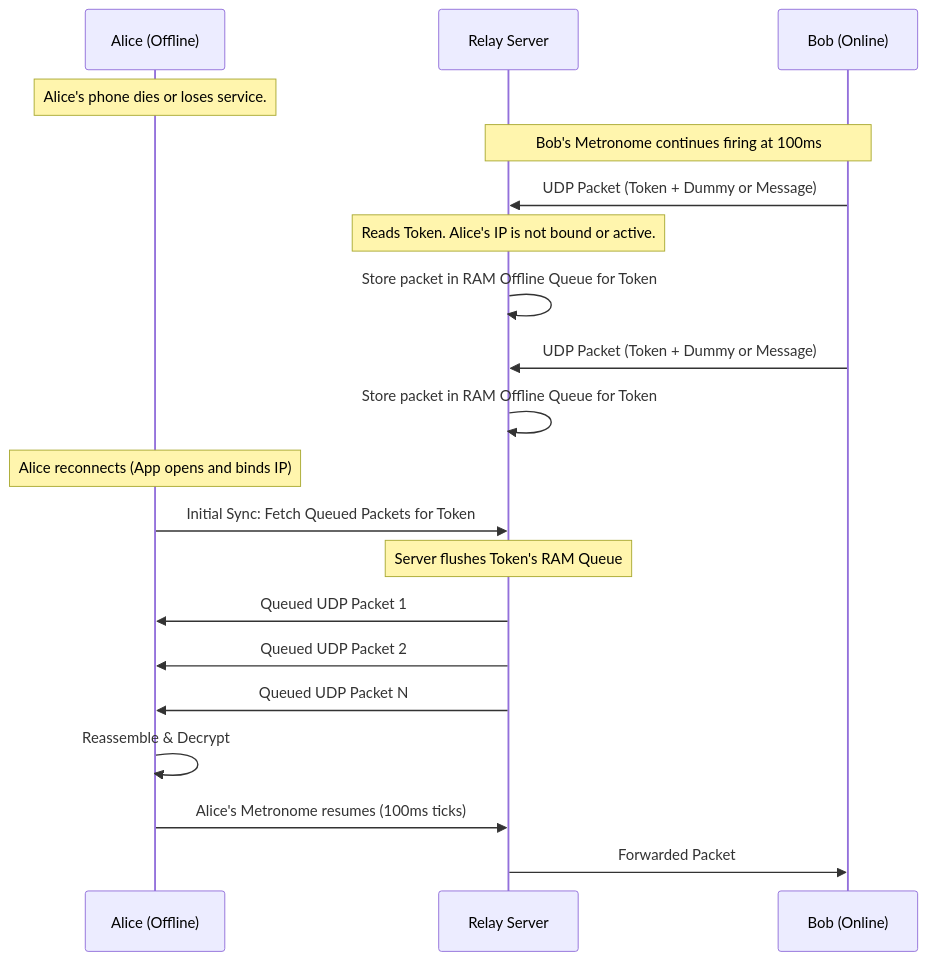
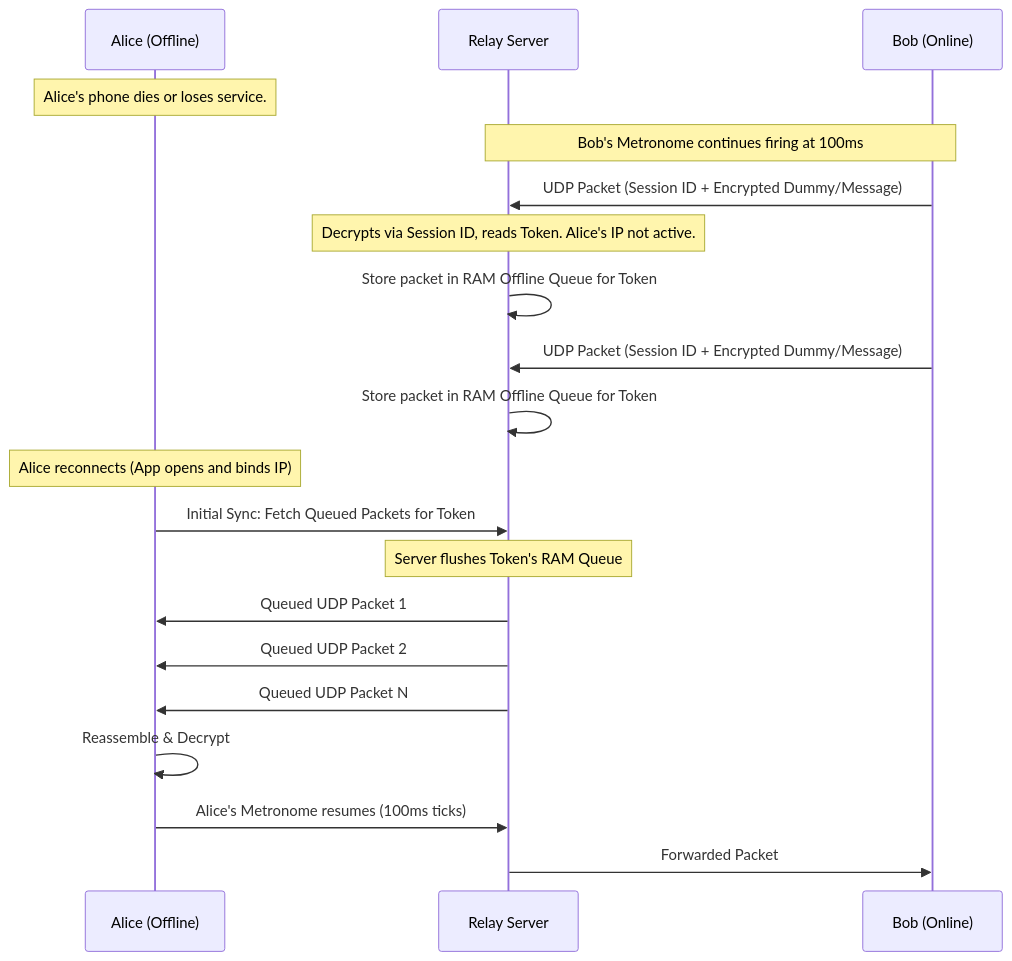
One commit to Lxadams/Cryptogram changed the third of 3 diagrams in architecture-diagrams.md. Above: the diagram before and after it, drawn with Mermaid. The commit also changed other lines of this file and 7 other files, not shown here.

Commit message:
New diagrams, Xchacha20 server handshake implemented

````diff
--- a/architecture-diagrams.md
+++ b/architecture-diagrams.md
@@ -81,28 +85,28 @@
 ```mermaid
 sequenceDiagram
     participant A as Alice (Offline)
     participant S as Relay Server
     participant B as Bob (Online)
 
     Note over A: Alice's phone dies or loses service.
     
     Note over B, S: Bob's Metronome continues firing at 100ms
-    B->>S: UDP Packet (Token + Dummy or Message)
-    Note over S: Reads Token. Alice's IP is not bound or active.
+    B->>S: UDP Packet (Session ID + Encrypted Dummy/Message)
+    Note over S: Decrypts via Session ID, reads Token. Alice's IP not active.
     S->>S: Store packet in RAM Offline Queue for Token
     
-    B->>S: UDP Packet (Token + Dummy or Message)
+    B->>S: UDP Packet (Session ID + Encrypted Dummy/Message)
     S->>S: Store packet in RAM Offline Queue for Token
     
     Note over A: Alice reconnects (App opens and binds IP)
     A->>S: Initial Sync: Fetch Queued Packets for Token
     
     Note over S: Server flushes Token's RAM Queue
     S->>A: Queued UDP Packet 1
     S->>A: Queued UDP Packet 2
     S->>A: Queued UDP Packet N
     
     A->>A: Reassemble & Decrypt
     A->>S: Alice's Metronome resumes (100ms ticks)
     S->>B: Forwarded Packet
 ```
````
